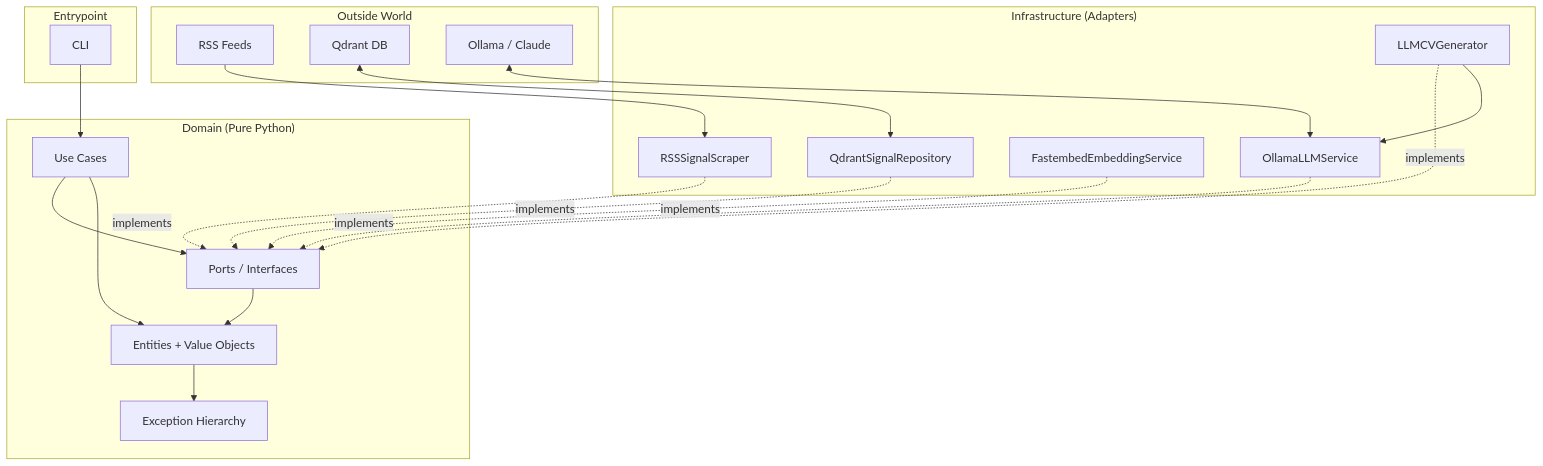
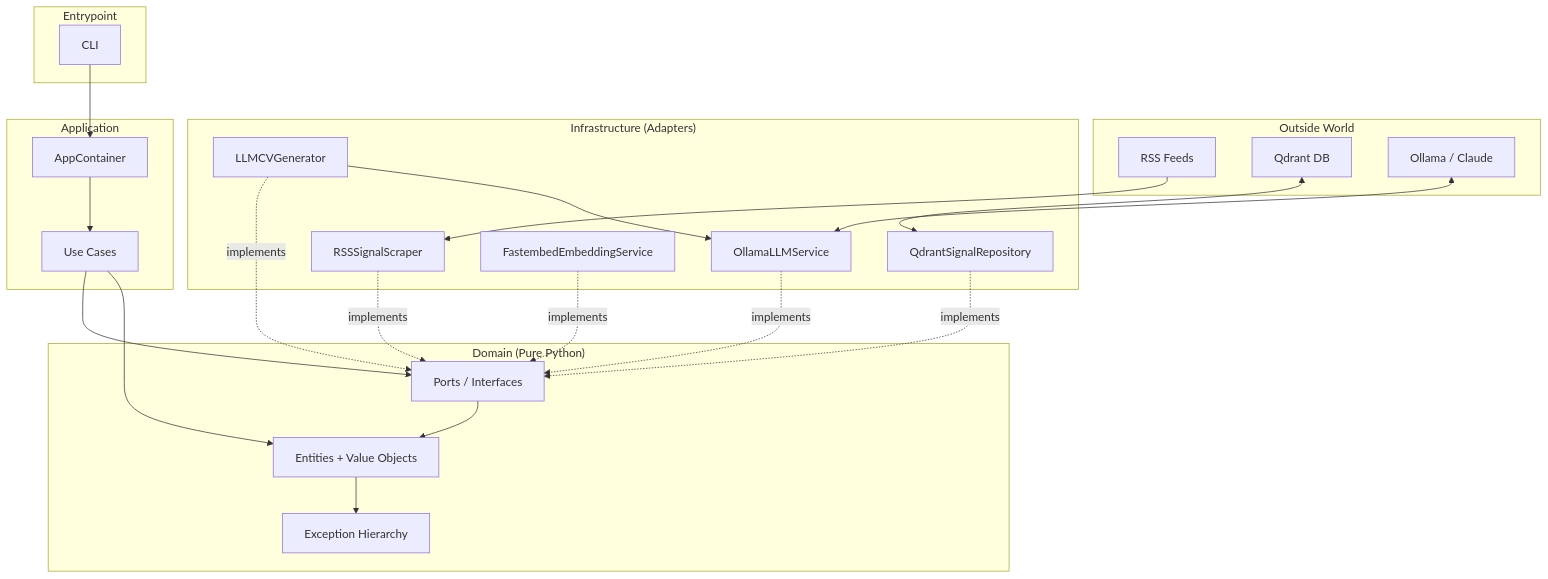
The diagram in README.md (SebastianTorreiro/VenturePulseAI), drawn with Mermaid before and after one commit. The commit also changed other lines of this file, not shown here.

Commit message:
docs: update README to reflect MVP completion, architectural refinements, and documented usage guide

````diff
--- a/README.md
+++ b/README.md
@@ -55,43 +62,48 @@
 ```mermaid
 graph TB
     subgraph "Outside World"
         RSS[RSS Feeds]
         Qdrant[Qdrant DB]
         Ollama[Ollama / Claude]
     end
 
     subgraph "Infrastructure (Adapters)"
         Scraper[RSSSignalScraper]
         Repo[QdrantSignalRepository]
         Embed[FastembedEmbeddingService]
         LLM[OllamaLLMService]
         CVGen[LLMCVGenerator]
     end
 
     subgraph "Domain (Pure Python)"
         Ports[Ports / Interfaces]
-        UseCases[Use Cases]
         Entities[Entities + Value Objects]
         Exceptions[Exception Hierarchy]
+    end
+
+    subgraph "Application"
+        UseCases[Use Cases]
+        Container[AppContainer]
     end
 
     subgraph "Entrypoint"
         CLI[CLI]
     end
 
     RSS --> Scraper
     Scraper -.implements.-> Ports
     Repo -.implements.-> Ports
     Qdrant <--> Repo
     Embed -.implements.-> Ports
     LLM -.implements.-> Ports
     Ollama <--> LLM
     CVGen -.implements.-> Ports
     CVGen --> LLM
 
-    CLI --> UseCases
+    CLI --> Container
+    Container --> UseCases
     UseCases --> Ports
     UseCases --> Entities
     Ports --> Entities
     Entities --> Exceptions
 ```
````
